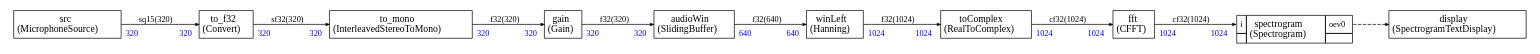
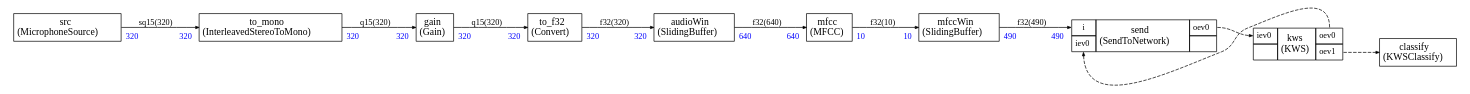
The diagram in runner_common/app_graph/app.dot (christophe0606/CMSIS-Stream-Nodes), drawn with Graphviz before and after one commit. The commit also changed 12 other files, not shown here.

```diff
--- a/runner_common/app_graph/app.dot
+++ b/runner_common/app_graph/app.dot
@@ -1,149 +1,158 @@
 
 
 
 
 
 
 digraph structs {
     bgcolor = "white"
     node [shape=plaintext,color="black",fontcolor="black",fontname="Times-Roman"]
     rankdir=LR
     edge [arrowsize="0.5",color="black",fontcolor="black",fontname="Times-Roman"]
 
 
 audioWin [label=<
 <TABLE color="black" bgcolor="none" BORDER="0" CELLBORDER="1" CELLSPACING="0" CELLPADDING="4">
   <TR>
     <TD ALIGN="CENTER" PORT="i"><FONT COLOR="black" POINT-SIZE="14.0">audioWin<BR/>(SlidingBuffer)</FONT></TD>
   </TR>
 </TABLE>>];
 
-fft [label=<
-<TABLE color="black" bgcolor="none" BORDER="0" CELLBORDER="1" CELLSPACING="0" CELLPADDING="4">
-  <TR>
-    <TD ALIGN="CENTER" PORT="i"><FONT COLOR="black" POINT-SIZE="14.0">fft<BR/>(CFFT)</FONT></TD>
-  </TR>
-</TABLE>>];
-
 gain [label=<
 <TABLE color="black" bgcolor="none" BORDER="0" CELLBORDER="1" CELLSPACING="0" CELLPADDING="4">
   <TR>
     <TD ALIGN="CENTER" PORT="i"><FONT COLOR="black" POINT-SIZE="14.0">gain<BR/>(Gain)</FONT></TD>
   </TR>
 </TABLE>>];
 
+mfcc [label=<
+<TABLE color="black" bgcolor="none" BORDER="0" CELLBORDER="1" CELLSPACING="0" CELLPADDING="4">
+  <TR>
+    <TD ALIGN="CENTER" PORT="i"><FONT COLOR="black" POINT-SIZE="14.0">mfcc<BR/>(MFCC)</FONT></TD>
+  </TR>
+</TABLE>>];
 
-spectrogram [label=<
+mfccWin [label=<
+<TABLE color="black" bgcolor="none" BORDER="0" CELLBORDER="1" CELLSPACING="0" CELLPADDING="4">
+  <TR>
+    <TD ALIGN="CENTER" PORT="i"><FONT COLOR="black" POINT-SIZE="14.0">mfccWin<BR/>(SlidingBuffer)</FONT></TD>
+  </TR>
+</TABLE>>];
+
+
+send [label=<
 <TABLE color="black" bgcolor="none" BORDER="0" CELLBORDER="1" CELLSPACING="0" CELLPADDING="4">
   <TR>
     <TD PORT="i"><FONT POINT-SIZE="12.0" COLOR="black">i</FONT></TD>
-    <TD ALIGN="CENTER" ROWSPAN="2"><FONT COLOR="black" POINT-SIZE="14.0">spectrogram<BR/>(Spectrogram)</FONT></TD>
+    <TD ALIGN="CENTER" ROWSPAN="2"><FONT COLOR="black" POINT-SIZE="14.0">send<BR/>(SendToNetwork)</FONT></TD>
     <TD PORT="oev0"><FONT POINT-SIZE="12.0" COLOR="black">oev0</FONT></TD>
   </TR>
 <TR>
- 
-<TD></TD>
+<TD PORT="iev0"><FONT POINT-SIZE="12.0" COLOR="black">iev0</FONT></TD>
+
  
 <TD></TD></TR>
 
 </TABLE>>];
 
 src [label=<
 <TABLE color="black" bgcolor="none" BORDER="0" CELLBORDER="1" CELLSPACING="0" CELLPADDING="4">
   <TR>
     <TD ALIGN="CENTER" PORT="i"><FONT COLOR="black" POINT-SIZE="14.0">src<BR/>(MicrophoneSource)</FONT></TD>
-  </TR>
-</TABLE>>];
-
-toComplex [label=<
-<TABLE color="black" bgcolor="none" BORDER="0" CELLBORDER="1" CELLSPACING="0" CELLPADDING="4">
-  <TR>
-    <TD ALIGN="CENTER" PORT="i"><FONT COLOR="black" POINT-SIZE="14.0">toComplex<BR/>(RealToComplex)</FONT></TD>
   </TR>
 </TABLE>>];
 
 to_f32 [label=<
 <TABLE color="black" bgcolor="none" BORDER="0" CELLBORDER="1" CELLSPACING="0" CELLPADDING="4">
   <TR>
     <TD ALIGN="CENTER" PORT="i"><FONT COLOR="black" POINT-SIZE="14.0">to_f32<BR/>(Convert)</FONT></TD>
   </TR>
 </TABLE>>];
 
 to_mono [label=<
 <TABLE color="black" bgcolor="none" BORDER="0" CELLBORDER="1" CELLSPACING="0" CELLPADDING="4">
   <TR>
     <TD ALIGN="CENTER" PORT="i"><FONT COLOR="black" POINT-SIZE="14.0">to_mono<BR/>(InterleavedStereoToMono)</FONT></TD>
   </TR>
 </TABLE>>];
 
-winLeft [label=<
+classify [label=<
 <TABLE color="black" bgcolor="none" BORDER="0" CELLBORDER="1" CELLSPACING="0" CELLPADDING="4">
   <TR>
-    <TD ALIGN="CENTER" PORT="i"><FONT COLOR="black" POINT-SIZE="14.0">winLeft<BR/>(Hanning)</FONT></TD>
-  </TR>
-</TABLE>>];
-
-display [label=<
-<TABLE color="black" bgcolor="none" BORDER="0" CELLBORDER="1" CELLSPACING="0" CELLPADDING="4">
-  <TR>
-    <TD ALIGN="CENTER" PORT="i"><FONT COLOR="black" POINT-SIZE="14.0">display<BR/>(SpectrogramTextDisplay)</FONT></TD>
+    <TD ALIGN="CENTER" PORT="i"><FONT COLOR="black" POINT-SIZE="14.0">classify<BR/>(KWSClassify)</FONT></TD>
   </TR>
 </TABLE>>];
 
 
+kws [label=<
+<TABLE color="black" bgcolor="none" BORDER="0" CELLBORDER="1" CELLSPACING="0" CELLPADDING="4">
+  <TR>
+    <TD PORT="iev0"><FONT POINT-SIZE="12.0" COLOR="black">iev0</FONT></TD>
+    <TD ALIGN="CENTER" ROWSPAN="2"><FONT COLOR="black" POINT-SIZE="14.0">kws<BR/>(KWS)</FONT></TD>
+    <TD PORT="oev0"><FONT POINT-SIZE="12.0" COLOR="black">oev0</FONT></TD>
+  </TR>
+<TR>
+ 
+<TD></TD>
+<TD PORT="oev1"><FONT POINT-SIZE="12.0" COLOR="black">oev1</FONT></TD>
+</TR>
 
-src:i -> to_f32:i [style="solid",color="black",fontsize="12.0",fontcolor="black",label=<sq15(320)>
+</TABLE>>];
+
+
+
+src:i -> to_mono:i [style="solid",color="black",fontsize="12.0",fontcolor="black",label=<sq15(320)>
 ,headlabel=<<TABLE BORDER="0" CELLPADDING="4"><TR><TD><FONT COLOR="blue" POINT-SIZE="12.0" >320</FONT>
 </TD></TR></TABLE>>
 ,taillabel=<<TABLE BORDER="0" CELLPADDING="4"><TR><TD><FONT COLOR="blue" POINT-SIZE="12.0" >320</FONT>
 </TD></TR></TABLE>>]
 
-to_f32:i -> to_mono:i [style="solid",color="black",fontsize="12.0",fontcolor="black",label=<sf32(320)>
+to_mono:i -> gain:i [style="solid",color="black",fontsize="12.0",fontcolor="black",label=<q15(320)>
 ,headlabel=<<TABLE BORDER="0" CELLPADDING="4"><TR><TD><FONT COLOR="blue" POINT-SIZE="12.0" >320</FONT>
 </TD></TR></TABLE>>
 ,taillabel=<<TABLE BORDER="0" CELLPADDING="4"><TR><TD><FONT COLOR="blue" POINT-SIZE="12.0" >320</FONT>
 </TD></TR></TABLE>>]
 
-to_mono:i -> gain:i [style="solid",color="black",fontsize="12.0",fontcolor="black",label=<f32(320)>
+gain:i -> to_f32:i [style="solid",color="black",fontsize="12.0",fontcolor="black",label=<q15(320)>
 ,headlabel=<<TABLE BORDER="0" CELLPADDING="4"><TR><TD><FONT COLOR="blue" POINT-SIZE="12.0" >320</FONT>
 </TD></TR></TABLE>>
 ,taillabel=<<TABLE BORDER="0" CELLPADDING="4"><TR><TD><FONT COLOR="blue" POINT-SIZE="12.0" >320</FONT>
 </TD></TR></TABLE>>]
 
-gain:i -> audioWin:i [style="solid",color="black",fontsize="12.0",fontcolor="black",label=<f32(320)>
+to_f32:i -> audioWin:i [style="solid",color="black",fontsize="12.0",fontcolor="black",label=<f32(320)>
 ,headlabel=<<TABLE BORDER="0" CELLPADDING="4"><TR><TD><FONT COLOR="blue" POINT-SIZE="12.0" >320</FONT>
 </TD></TR></TABLE>>
 ,taillabel=<<TABLE BORDER="0" CELLPADDING="4"><TR><TD><FONT COLOR="blue" POINT-SIZE="12.0" >320</FONT>
 </TD></TR></TABLE>>]
 
-audioWin:i -> winLeft:i [style="solid",color="black",fontsize="12.0",fontcolor="black",label=<f32(640)>
+audioWin:i -> mfcc:i [style="solid",color="black",fontsize="12.0",fontcolor="black",label=<f32(640)>
 ,headlabel=<<TABLE BORDER="0" CELLPADDING="4"><TR><TD><FONT COLOR="blue" POINT-SIZE="12.0" >640</FONT>
 </TD></TR></TABLE>>
 ,taillabel=<<TABLE BORDER="0" CELLPADDING="4"><TR><TD><FONT COLOR="blue" POINT-SIZE="12.0" >640</FONT>
 </TD></TR></TABLE>>]
 
-winLeft:i -> toComplex:i [style="solid",color="black",fontsize="12.0",fontcolor="black",label=<f32(1024)>
-,headlabel=<<TABLE BORDER="0" CELLPADDING="4"><TR><TD><FONT COLOR="blue" POINT-SIZE="12.0" >1024</FONT>
+mfcc:i -> mfccWin:i [style="solid",color="black",fontsize="12.0",fontcolor="black",label=<f32(10)>
+,headlabel=<<TABLE BORDER="0" CELLPADDING="4"><TR><TD><FONT COLOR="blue" POINT-SIZE="12.0" >10</FONT>
 </TD></TR></TABLE>>
-,taillabel=<<TABLE BORDER="0" CELLPADDING="4"><TR><TD><FONT COLOR="blue" POINT-SIZE="12.0" >1024</FONT>
+,taillabel=<<TABLE BORDER="0" CELLPADDING="4"><TR><TD><FONT COLOR="blue" POINT-SIZE="12.0" >10</FONT>
 </TD></TR></TABLE>>]
 
-toComplex:i -> fft:i [style="solid",color="black",fontsize="12.0",fontcolor="black",label=<cf32(1024)>
-,headlabel=<<TABLE BORDER="0" CELLPADDING="4"><TR><TD><FONT COLOR="blue" POINT-SIZE="12.0" >1024</FONT>
+mfccWin:i -> send:i [style="solid",color="black",fontsize="12.0",fontcolor="black",label=<f32(490)>
+,headlabel=<<TABLE BORDER="0" CELLPADDING="4"><TR><TD><FONT COLOR="blue" POINT-SIZE="12.0" >490</FONT>
 </TD></TR></TABLE>>
-,taillabel=<<TABLE BORDER="0" CELLPADDING="4"><TR><TD><FONT COLOR="blue" POINT-SIZE="12.0" >1024</FONT>
-</TD></TR></TABLE>>]
-
-fft:i -> spectrogram:i [style="solid",color="black",fontsize="12.0",fontcolor="black",label=<cf32(1024)>
-,headlabel=<<TABLE BORDER="0" CELLPADDING="4"><TR><TD><FONT COLOR="blue" POINT-SIZE="12.0" >1024</FONT>
-</TD></TR></TABLE>>
-,taillabel=<<TABLE BORDER="0" CELLPADDING="4"><TR><TD><FONT COLOR="blue" POINT-SIZE="12.0" >1024</FONT>
+,taillabel=<<TABLE BORDER="0" CELLPADDING="4"><TR><TD><FONT COLOR="blue" POINT-SIZE="12.0" >490</FONT>
 </TD></TR></TABLE>>]
 
 
 
-spectrogram:oev0 -> display:i [style="dashed",color="black",fontsize="12.0",fontcolor="black",label=<>
+send:oev0 -> kws:iev0 [style="dashed",color="black",fontsize="12.0",fontcolor="black",label=<>
+
+]
+kws:oev0 -> send:iev0 [style="dashed",color="black",fontsize="12.0",fontcolor="black",label=<>
+
+]
+kws:oev1 -> classify:i [style="dashed",color="black",fontsize="12.0",fontcolor="black",label=<>
 
 ]
 
 }
```
